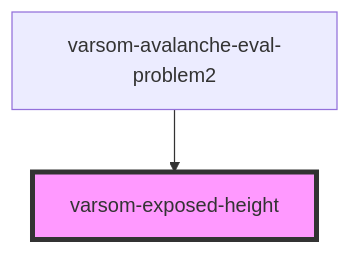
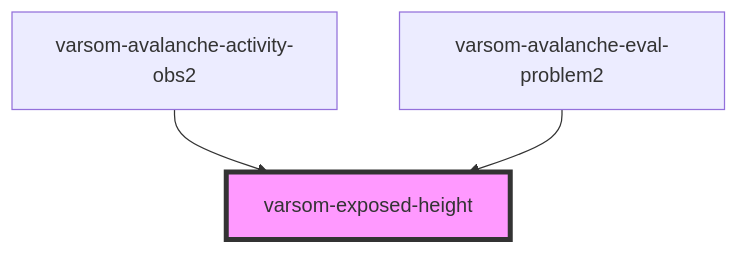
The diagram in src/components/varsom-exposed-height/readme.md (NVE/varsom-observation), drawn with Mermaid before and after one commit. The commit also changed other lines of this file and 46 other files, not shown here.

````diff
--- a/src/components/varsom-exposed-height/readme.md
+++ b/src/components/varsom-exposed-height/readme.md
@@ -24,5 +25,6 @@
 ```mermaid
 graph TD;
+  varsom-avalanche-activity-obs2 --> varsom-exposed-height
   varsom-avalanche-eval-problem2 --> varsom-exposed-height
   style varsom-exposed-height fill:#f9f,stroke:#333,stroke-width:4px
 ```
````
